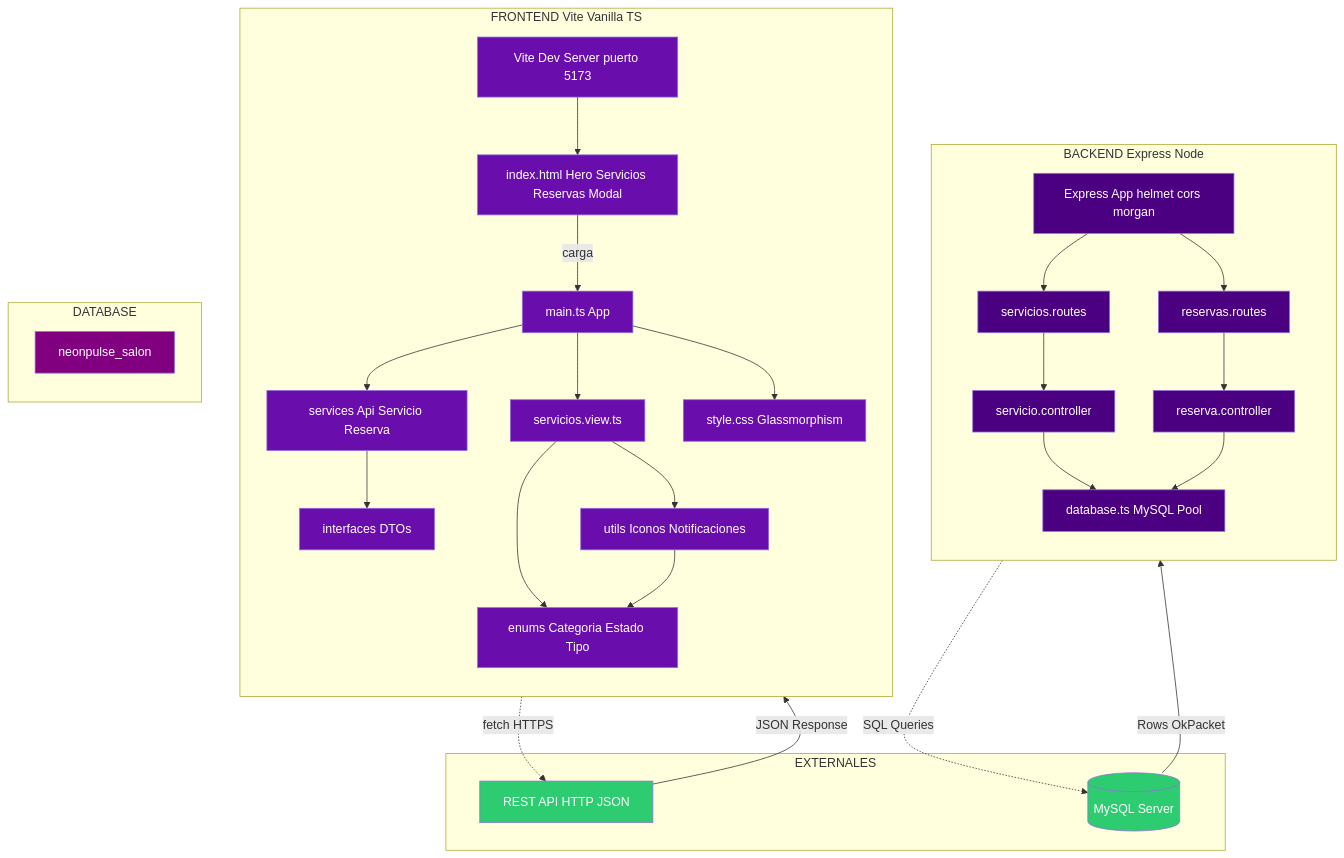
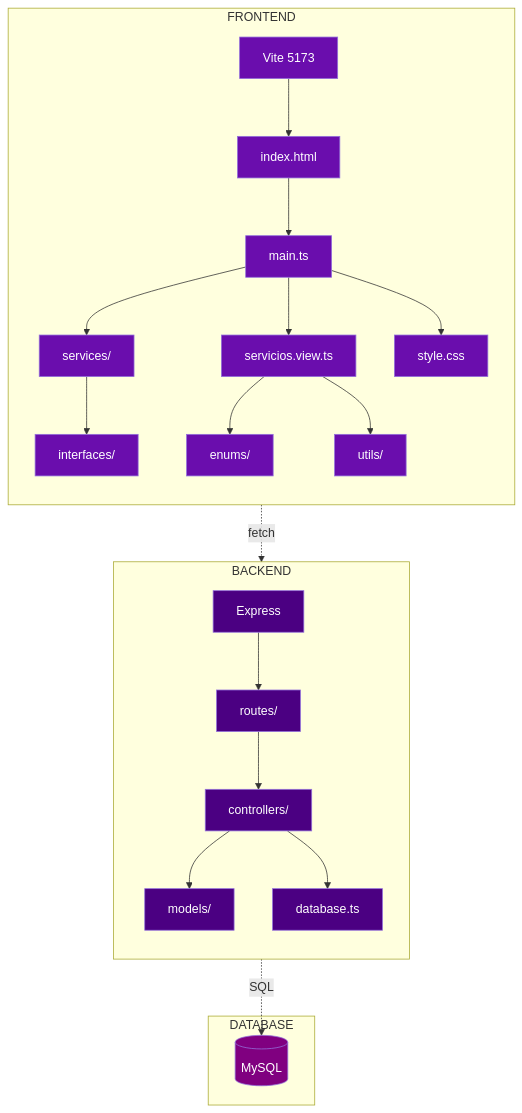
Before and after one commit to JokerMx/neonpulse-salon: the diagram in docs/diagrama-componentes.md, drawn with Mermaid. The commit also changed other lines of this file and 3 other files, not shown here.

First line of the commit message:
refactor(docs): simplificar y conciliar diagramas técnicos

````diff
--- a/docs/diagrama-componentes.md
+++ b/docs/diagrama-componentes.md
@@ -3,67 +3,53 @@
 ```mermaid
 graph TD
-    subgraph "FRONTEND Vite Vanilla TS"
+    subgraph "FRONTEND"
         direction TB
-        FE_VITE[Vite Dev Server puerto 5173]
-        FE_HTML[index.html Hero Servicios Reservas Modal]
-        FE_MAIN[main.ts App]
+        FE_VITE[Vite 5173]
+        FE_HTML[index.html]
+        FE_MAIN[main.ts]
         FE_VIEW[servicios.view.ts]
-        FE_SERVICE[services Api Servicio Reserva]
-        FE_INTERFACE[interfaces DTOs]
-        FE_ENUMS[enums Categoria Estado Tipo]
-        FE_UTILS[utils Iconos Notificaciones]
-        FE_CSS[style.css Glassmorphism]
+        FE_SVC[services/]
+        FE_INT[interfaces/]
+        FE_ENUMS[enums/]
+        FE_UTILS[utils/]
+        FE_CSS[style.css]
 
         FE_VITE --> FE_HTML
-        FE_HTML -->|"carga"| FE_MAIN
+        FE_HTML --> FE_MAIN
         FE_MAIN --> FE_VIEW
-        FE_MAIN --> FE_SERVICE
-        FE_SERVICE --> FE_INTERFACE
+        FE_MAIN --> FE_SVC
+        FE_SVC --> FE_INT
         FE_VIEW --> FE_ENUMS
         FE_VIEW --> FE_UTILS
-        FE_UTILS --> FE_ENUMS
         FE_MAIN --> FE_CSS
     end
 
-    subgraph "BACKEND Express Node"
+    subgraph "BACKEND"
         direction TB
-        BE_APP[Express App helmet cors morgan]
-        BE_ROUTE_SERV[servicios.routes]
-        BE_ROUTE_RES[reservas.routes]
-        BE_CTRL_SERV[servicio.controller]
-        BE_CTRL_RES[reserva.controller]
-        BE_DB[database.ts MySQL Pool]
+        BE_APP[Express]
+        BE_ROUTES[routes/]
+        BE_CTRL[controllers/]
+        BE_MODEL[models/]
+        BE_DB[database.ts]
 
-        BE_APP --> BE_ROUTE_SERV
-        BE_APP --> BE_ROUTE_RES
-        BE_ROUTE_SERV --> BE_CTRL_SERV
-        BE_ROUTE_RES --> BE_CTRL_RES
-        BE_CTRL_SERV --> BE_DB
-        BE_CTRL_RES --> BE_DB
+        BE_APP --> BE_ROUTES
+        BE_ROUTES --> BE_CTRL
+        BE_CTRL --> BE_MODEL
+        BE_CTRL --> BE_DB
     end
 
     subgraph "DATABASE"
-        direction TB
-        DB[neonpulse_salon]
+        DB[(MySQL)]
     end
 
-    subgraph "EXTERNALES"
-        EXT_API[REST API HTTP JSON]
-        EXT_DB[(MySQL Server)]
-    end
+    FE_SVC -.->|fetch| BE_APP
+    BE_DB -.->|SQL| DB
 
-    FE_SERVICE -.->|fetch HTTPS| EXT_API
-    EXT_API -->|JSON Response| FE_SERVICE
-    BE_DB -.->|SQL Queries| EXT_DB
-    EXT_DB -->|Rows OkPacket| BE_DB
+    classDef frontend fill:#6a0dad,color:#fff
+    classDef backend fill:#4b0082,color:#fff
+    classDef database fill:#800080,color:#fff
 
-    classDef frontendBg fill:#6a0dad,color:#fff
-    classDef backendBg fill:#4b0082,color:#fff
-    classDef databaseBg fill:#800080,color:#fff
-    classDef external fill:#2ecc71,color:#fff
-
-    class FE_VITE,FE_HTML,FE_MAIN,FE_VIEW,FE_SERVICE,FE_INTERFACE,FE_ENUMS,FE_UTILS,FE_CSS frontendBg
-    class BE_APP,BE_ROUTE_SERV,BE_ROUTE_RES,BE_CTRL_SERV,BE_CTRL_RES,BE_DB backendBg
-    class DB databaseBg
-    class EXT_API,EXT_DB external
+    class FE_VITE,FE_HTML,FE_MAIN,FE_VIEW,FE_SVC,FE_INT,FE_ENUMS,FE_UTILS,FE_CSS frontend
+    class BE_APP,BE_ROUTES,BE_CTRL,BE_MODEL,BE_DB backend
+    class DB database
 ```
````
